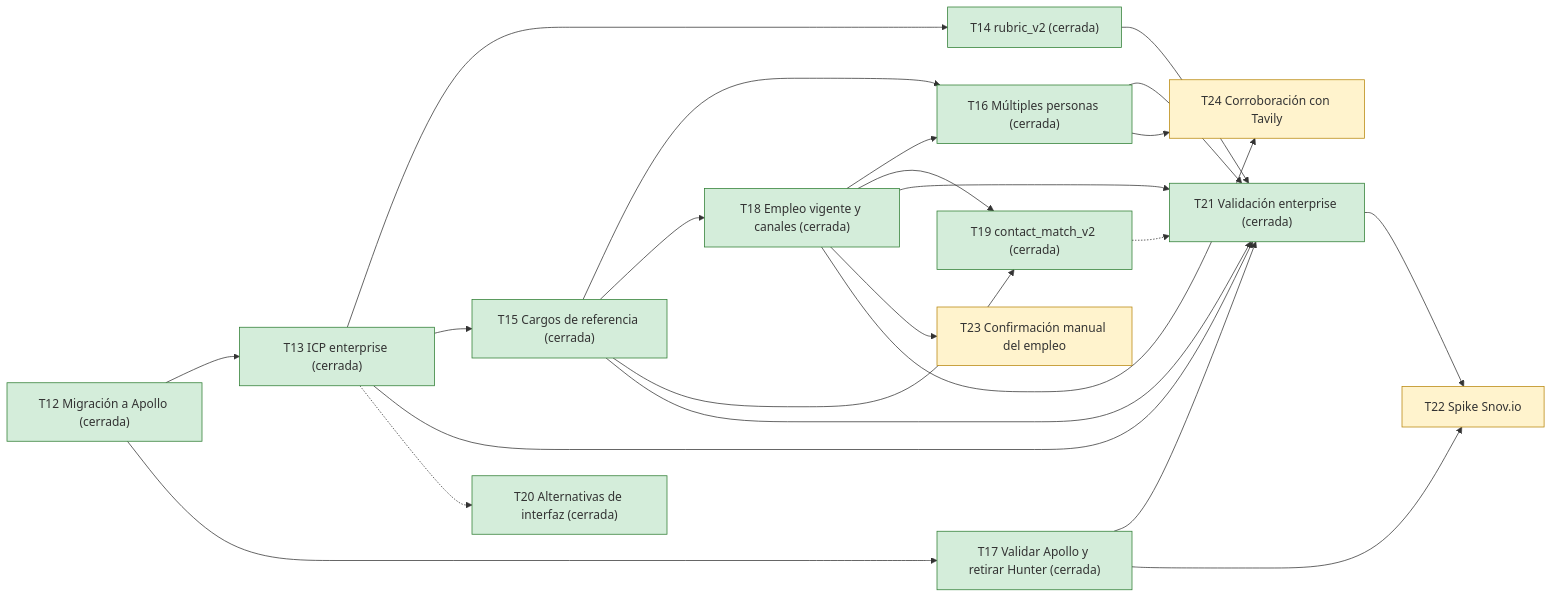
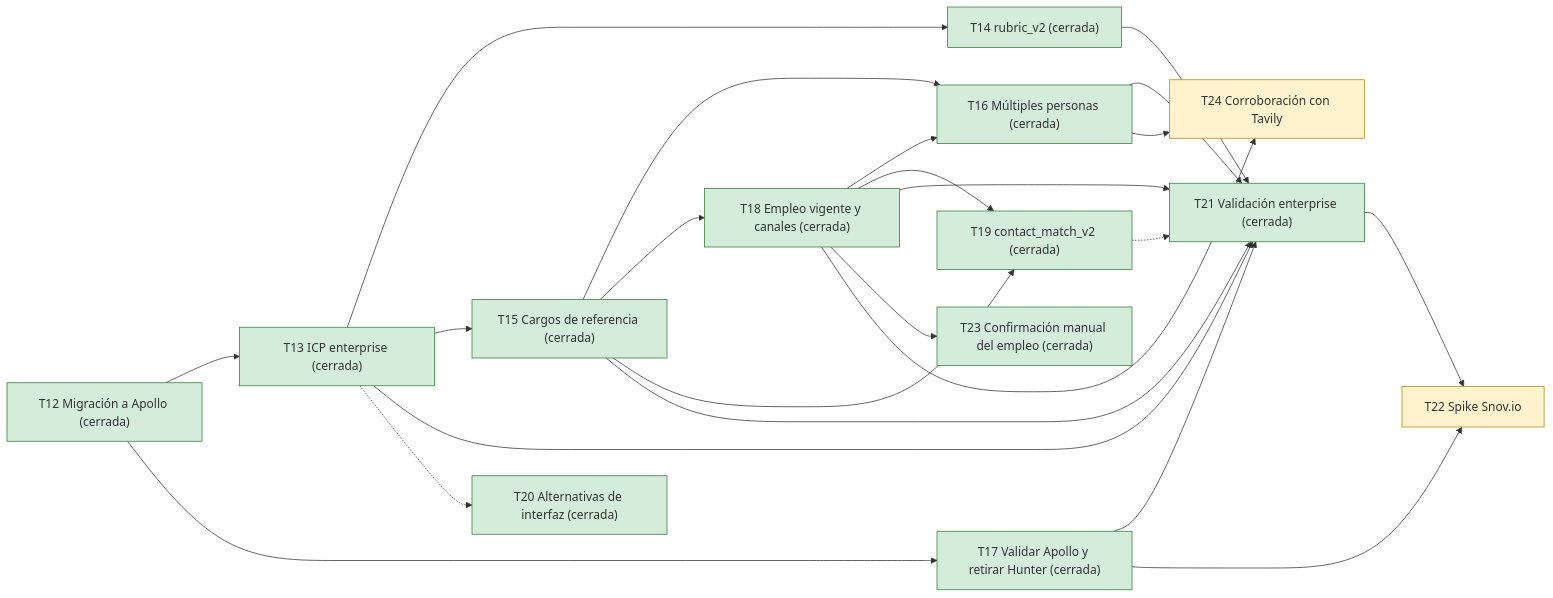
The diagram in docs/Roadmap.md (ThomasSerna/veryfi-prospecting), drawn with Mermaid before and after one commit. The commit also changed other lines of this file, not shown here.

Commit message:
docs: marcar T23 cerrada en el Roadmap

````diff
--- a/docs/Roadmap.md
+++ b/docs/Roadmap.md
@@ -53,40 +53,40 @@
 ```mermaid
 flowchart LR
     T12["T12 Migración a Apollo (cerrada)"]:::closed
     T13["T13 ICP enterprise (cerrada)"]:::closed
     T14["T14 rubric_v2 (cerrada)"]:::closed
     T15["T15 Cargos de referencia (cerrada)"]:::closed
     T16["T16 Múltiples personas (cerrada)"]:::closed
     T17["T17 Validar Apollo y retirar Hunter (cerrada)"]:::closed
     T18["T18 Empleo vigente y canales (cerrada)"]:::closed
     T19["T19 contact_match_v2 (cerrada)"]:::closed
     T20["T20 Alternativas de interfaz (cerrada)"]:::closed
     T21["T21 Validación enterprise (cerrada)"]:::closed
     T22["T22 Spike Snov.io"]:::ready
-    T23["T23 Confirmación manual del empleo"]:::ready
+    T23["T23 Confirmación manual del empleo (cerrada)"]:::closed
     T24["T24 Corroboración con Tavily"]:::ready
     T12 --> T13
     T12 --> T17
     T13 --> T14
     T13 --> T15
     T15 --> T16
     T15 --> T18
     T15 --> T19
     T18 --> T16
     T18 --> T19
     T13 --> T21
     T14 --> T21
     T15 --> T21
     T16 --> T21
     T17 --> T21
     T18 --> T21
     T21 --> T22
     T17 --> T22
     T13 -.-> T20
     T19 -.-> T21
     T18 --> T23
     T18 --> T24
     T16 --> T24
     classDef closed fill:#d4edda,stroke:#2e7d32
     classDef ready fill:#fff3cd,stroke:#b8860b
 ```
````
